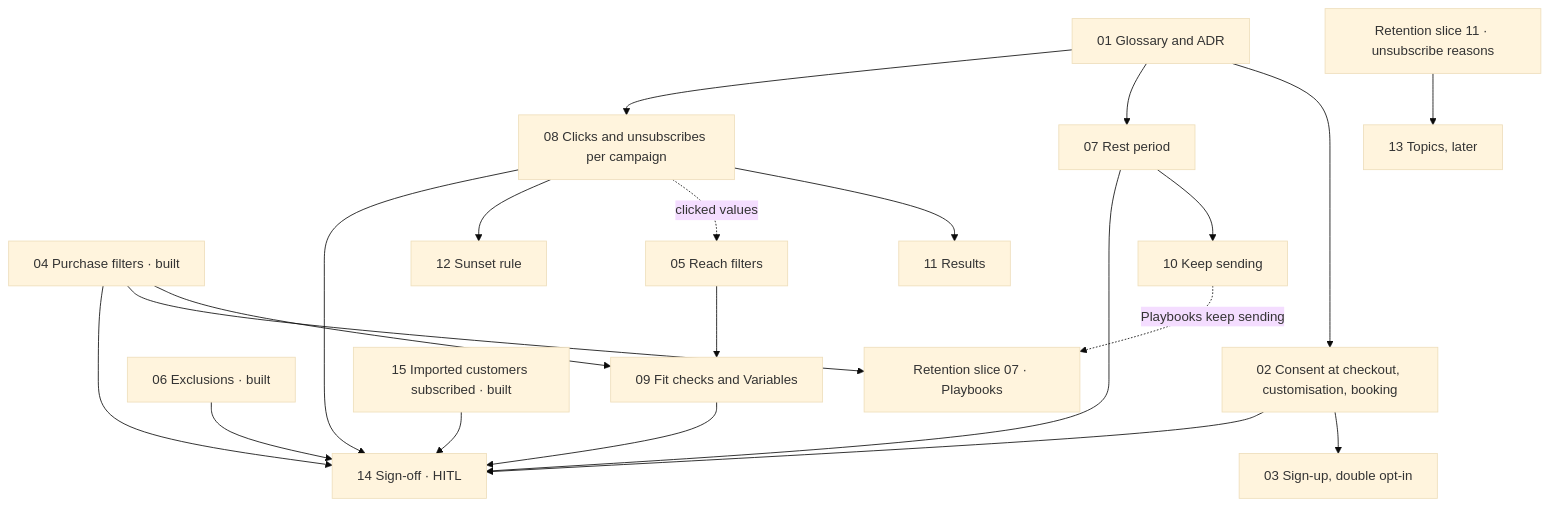
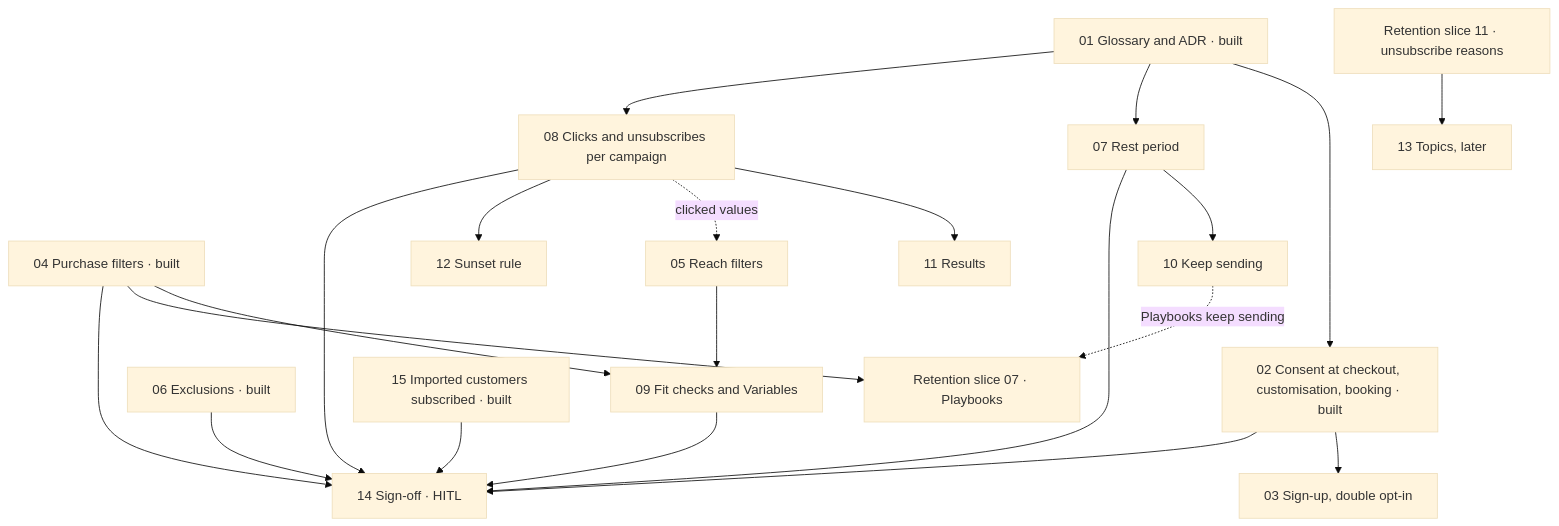
The diagram in .claude/PRD-campaign-audiences/issues/README.md (ivanyeors/mp), drawn with Mermaid (base theme) before and after one commit. The commit also changed other lines of this file and 41 other files, not shown here.

````diff
--- a/.claude/PRD-campaign-audiences/issues/README.md
+++ b/.claude/PRD-campaign-audiences/issues/README.md
@@ -34,39 +34,39 @@
 ```mermaid
 graph TD
-  s01[01 Glossary and ADR]
-  s02[02 Consent at checkout, customisation, booking]
+  s01[01 Glossary and ADR · built]
+  s02[02 Consent at checkout, customisation, booking · built]
   s03[03 Sign-up, double opt-in]
   s04[04 Purchase filters · built]
   s05[05 Reach filters]
   s06[06 Exclusions · built]
   s07[07 Rest period]
   s08[08 Clicks and unsubscribes per campaign]
   s09[09 Fit checks and Variables]
   s10[10 Keep sending]
   s11[11 Results]
   s12[12 Sunset rule]
   s13[13 Topics, later]
   s14[14 Sign-off · HITL]
   s15[15 Imported customers subscribed · built]
   r07[Retention slice 07 · Playbooks]
   r11[Retention slice 11 · unsubscribe reasons]
 
   s15 --> s14
   s01 --> s02 --> s03
   s01 --> s07 --> s10
   s01 --> s08
   s08 --> s11
   s08 -. clicked values .-> s05
   s08 --> s12
   s04 --> s09
   s05 --> s09
   s04 --> r07
   s10 -. Playbooks keep sending .-> r07
   r11 --> s13
   s02 --> s14
   s04 --> s14
   s06 --> s14
   s07 --> s14
   s08 --> s14
   s09 --> s14
 ```
````
